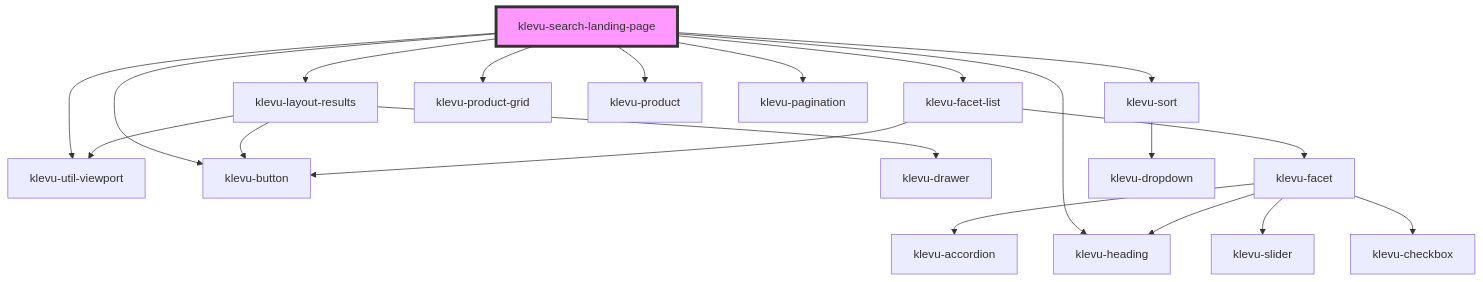
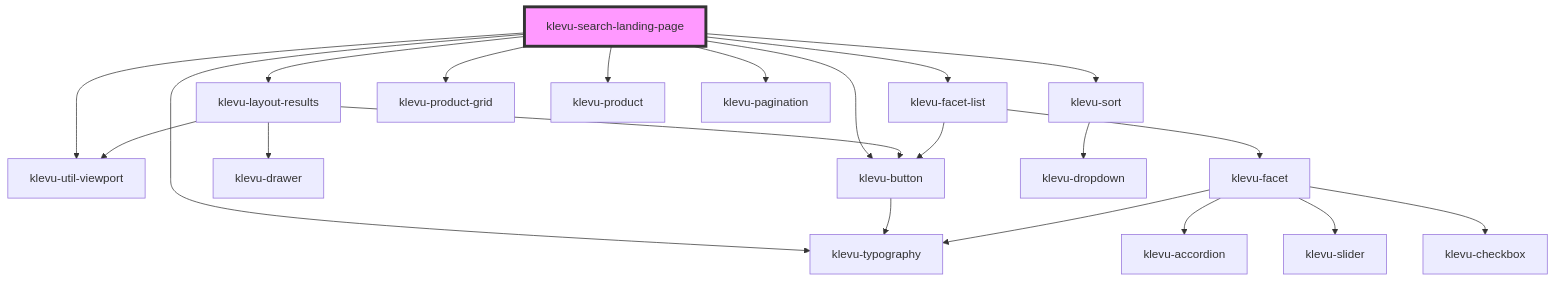
Before and after one commit to klevultd/frontend-sdk: the diagram in packages/klevu-ui/src/components/klevu-search-landing-page/readme.md, drawn with Mermaid. The commit also changed other lines of this file and 39 other files, not shown here.

Commit message:
change heading to typography and create system

````diff
--- a/packages/klevu-ui/src/components/klevu-search-landing-page/readme.md
+++ b/packages/klevu-ui/src/components/klevu-search-landing-page/readme.md
@@ -38,23 +38,24 @@
 ```mermaid
 graph TD;
   klevu-search-landing-page --> klevu-util-viewport
   klevu-search-landing-page --> klevu-layout-results
   klevu-search-landing-page --> klevu-facet-list
-  klevu-search-landing-page --> klevu-heading
+  klevu-search-landing-page --> klevu-typography
   klevu-search-landing-page --> klevu-sort
   klevu-search-landing-page --> klevu-product-grid
   klevu-search-landing-page --> klevu-product
   klevu-search-landing-page --> klevu-pagination
   klevu-search-landing-page --> klevu-button
   klevu-layout-results --> klevu-util-viewport
   klevu-layout-results --> klevu-drawer
   klevu-layout-results --> klevu-button
+  klevu-button --> klevu-typography
   klevu-facet-list --> klevu-facet
   klevu-facet-list --> klevu-button
   klevu-facet --> klevu-accordion
-  klevu-facet --> klevu-heading
+  klevu-facet --> klevu-typography
   klevu-facet --> klevu-slider
   klevu-facet --> klevu-checkbox
   klevu-sort --> klevu-dropdown
   style klevu-search-landing-page fill:#f9f,stroke:#333,stroke-width:4px
 ```
````
